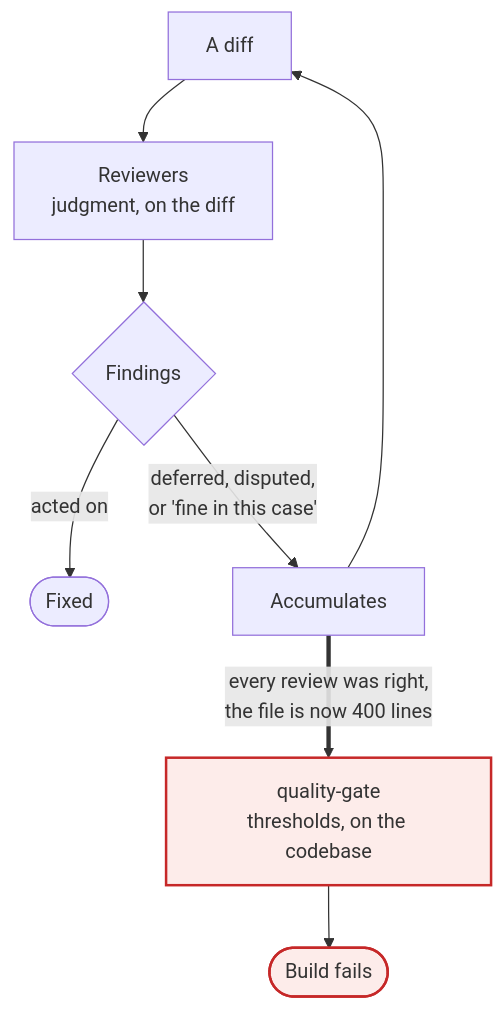
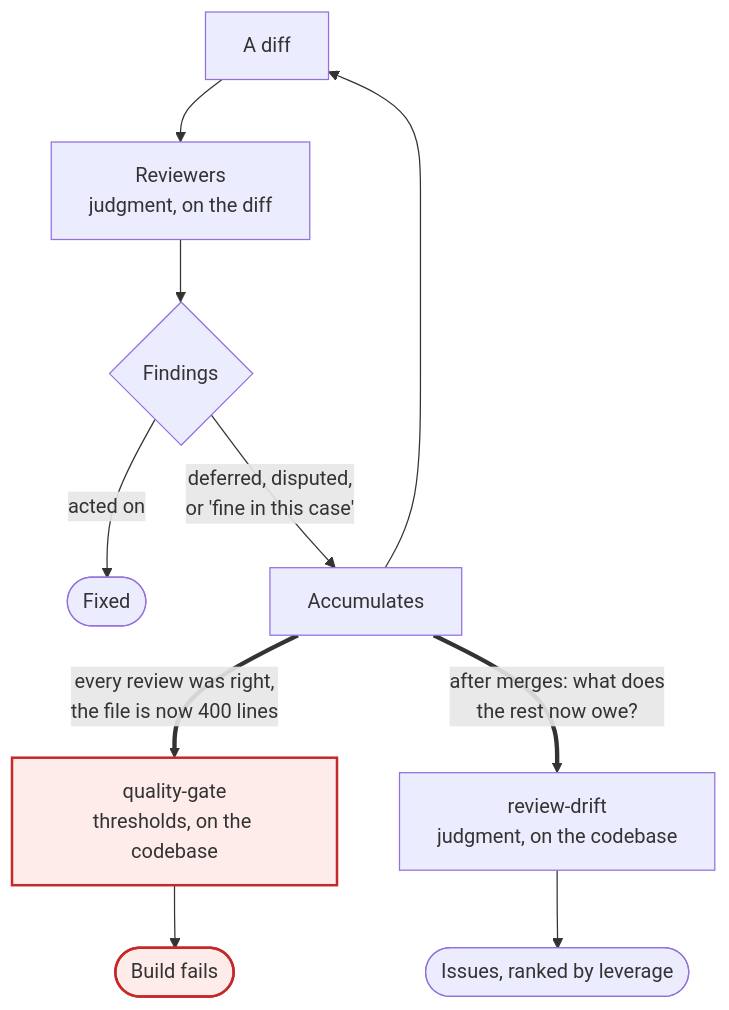
One commit to unlockers-ai/unlockers-skills-library changed the second of 3 diagrams in diagrams/library-map.md. Above: the diagram before and after it, drawn with Mermaid. The commit also changed other lines of this file and 8 other files, not shown here.

First line of the commit message:
Add review-drift: after merges, what the rest of the codebase now owes

````diff
--- a/diagrams/library-map.md
+++ b/diagrams/library-map.md
@@ -67,14 +67,16 @@
 ```mermaid
 flowchart TD
     DIFF[A diff] --> REV[Reviewers<br/>judgment, on the diff]
     REV --> FIND{Findings}
     FIND -->|acted on| GOOD([Fixed])
     FIND -->|"deferred, disputed,<br/>or 'fine in this case'"| DRIFT[Accumulates]
     DRIFT --> DIFF
 
     DRIFT ==>|"every review was right,<br/>the file is now 400 lines"| QG[quality-gate<br/>thresholds, on the codebase]
     QG --> BLOCK([Build fails])
+    DRIFT ==>|"after merges: what does<br/>the rest now owe?"| RD[review-drift<br/>judgment, on the codebase]
+    RD --> ISSUES([Issues, ranked by leverage])
 
     classDef backstop fill:#fdecea,stroke:#c62828,stroke-width:2px
     class QG,BLOCK backstop
 ```
````
